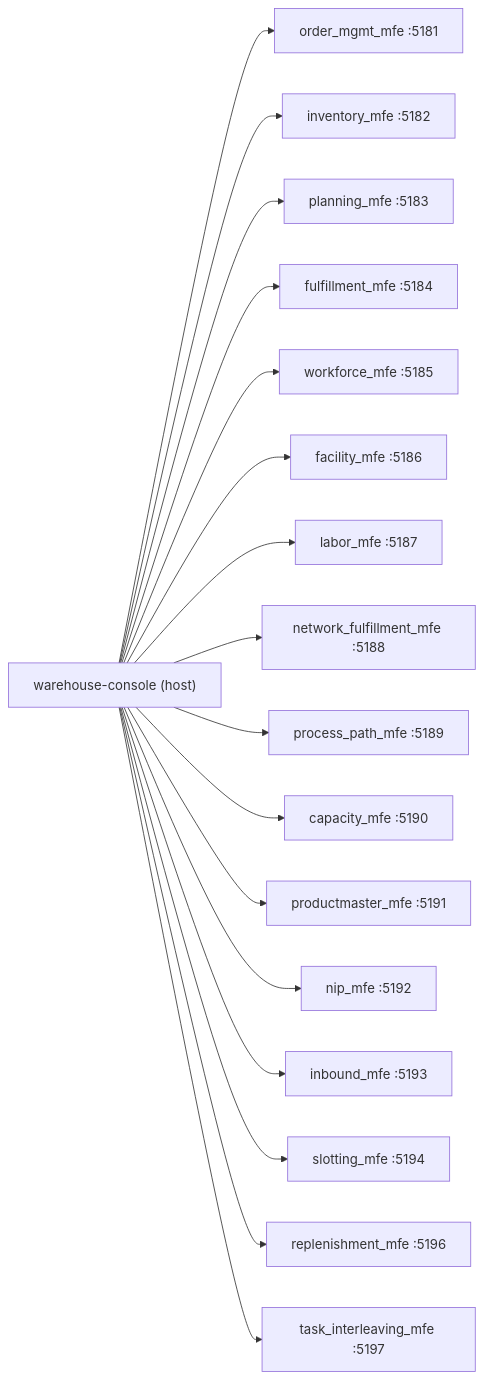
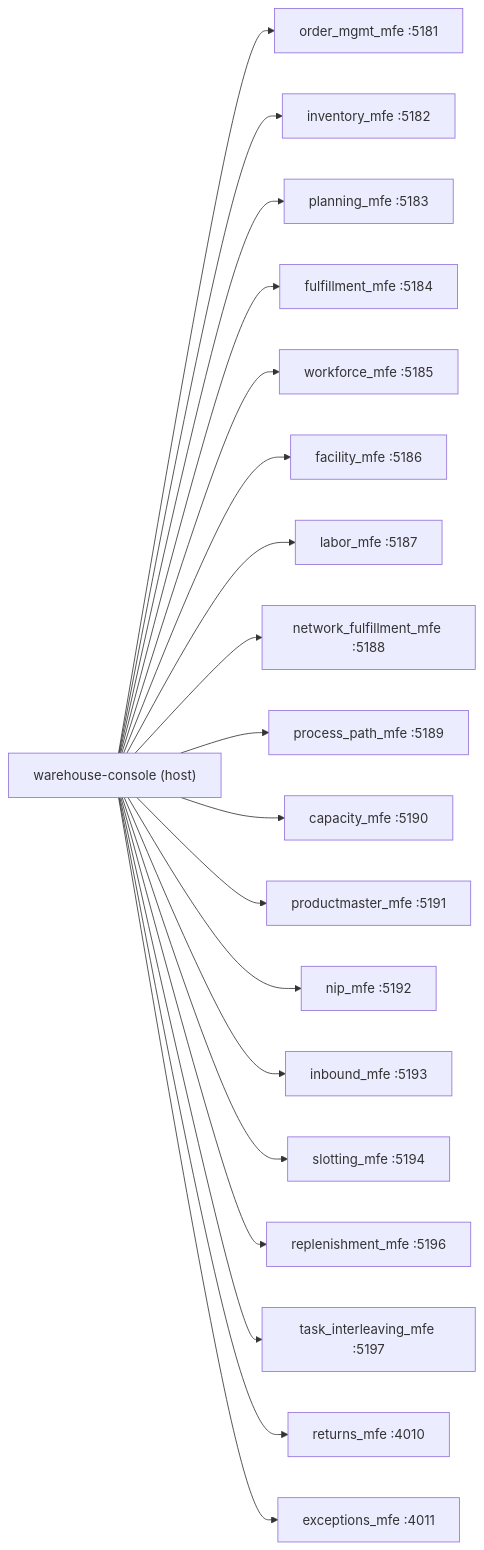
Before and after one commit to IQVO/warehouse-console: the diagram in docs/docs/architecture/module-federation.md, drawn with Mermaid. The commit also changed other lines of this file and 8 other files, not shown here.

First line of the commit message:
docs(console): returns-processing and exception-management in every remote registry

````diff
--- a/docs/docs/architecture/module-federation.md
+++ b/docs/docs/architecture/module-federation.md
@@ -14,37 +14,41 @@
 ```mermaid
 graph LR
   Console["warehouse-console (host)"]
   Orders["order_mgmt_mfe :5181"]
   Inventory["inventory_mfe :5182"]
   Planning["planning_mfe :5183"]
   Fulfillment["fulfillment_mfe :5184"]
   Workforce["workforce_mfe :5185"]
   Facility["facility_mfe :5186"]
   Labor["labor_mfe :5187"]
   NetFulfil["network_fulfillment_mfe :5188"]
   ProcessPath["process_path_mfe :5189"]
   Capacity["capacity_mfe :5190"]
   ProductMaster["productmaster_mfe :5191"]
   Nip["nip_mfe :5192"]
   Inbound["inbound_mfe :5193"]
   Slotting["slotting_mfe :5194"]
   Replenishment["replenishment_mfe :5196"]
   TaskInterleaving["task_interleaving_mfe :5197"]
+  Returns["returns_mfe :4010"]
+  Exceptions["exceptions_mfe :4011"]
 
   Console --> Orders
   Console --> Inventory
   Console --> Planning
   Console --> Fulfillment
   Console --> Workforce
   Console --> Facility
   Console --> Labor
   Console --> NetFulfil
   Console --> ProcessPath
   Console --> Capacity
   Console --> ProductMaster
   Console --> Nip
   Console --> Inbound
   Console --> Slotting
   Console --> Replenishment
   Console --> TaskInterleaving
+  Console --> Returns
+  Console --> Exceptions
 ```
````
